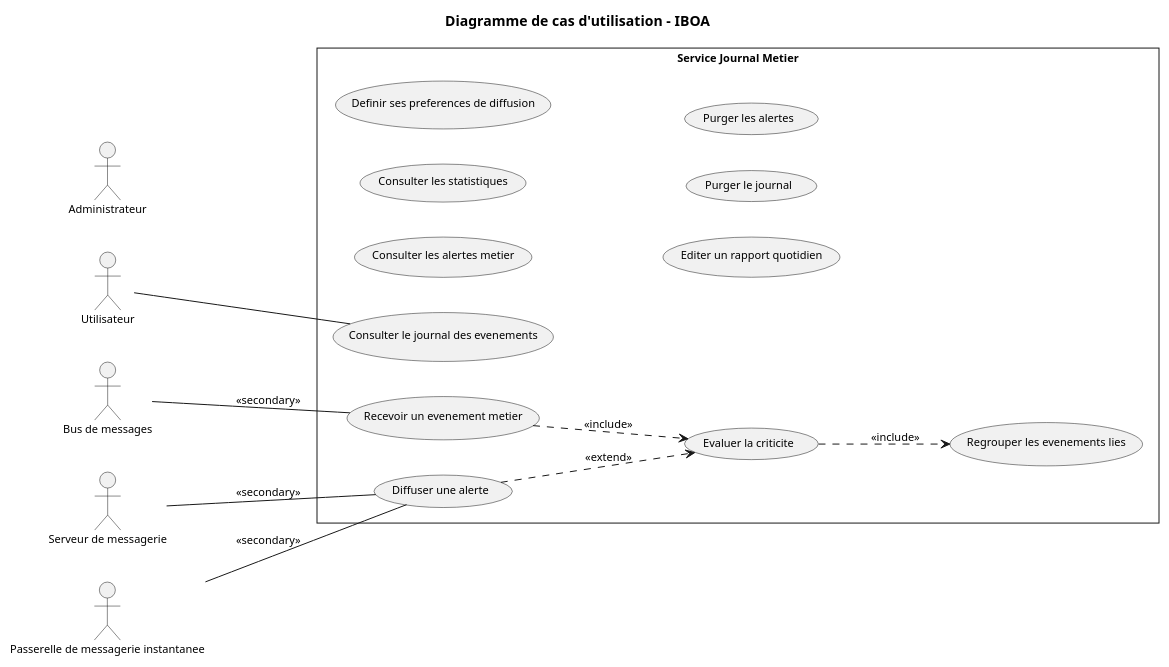
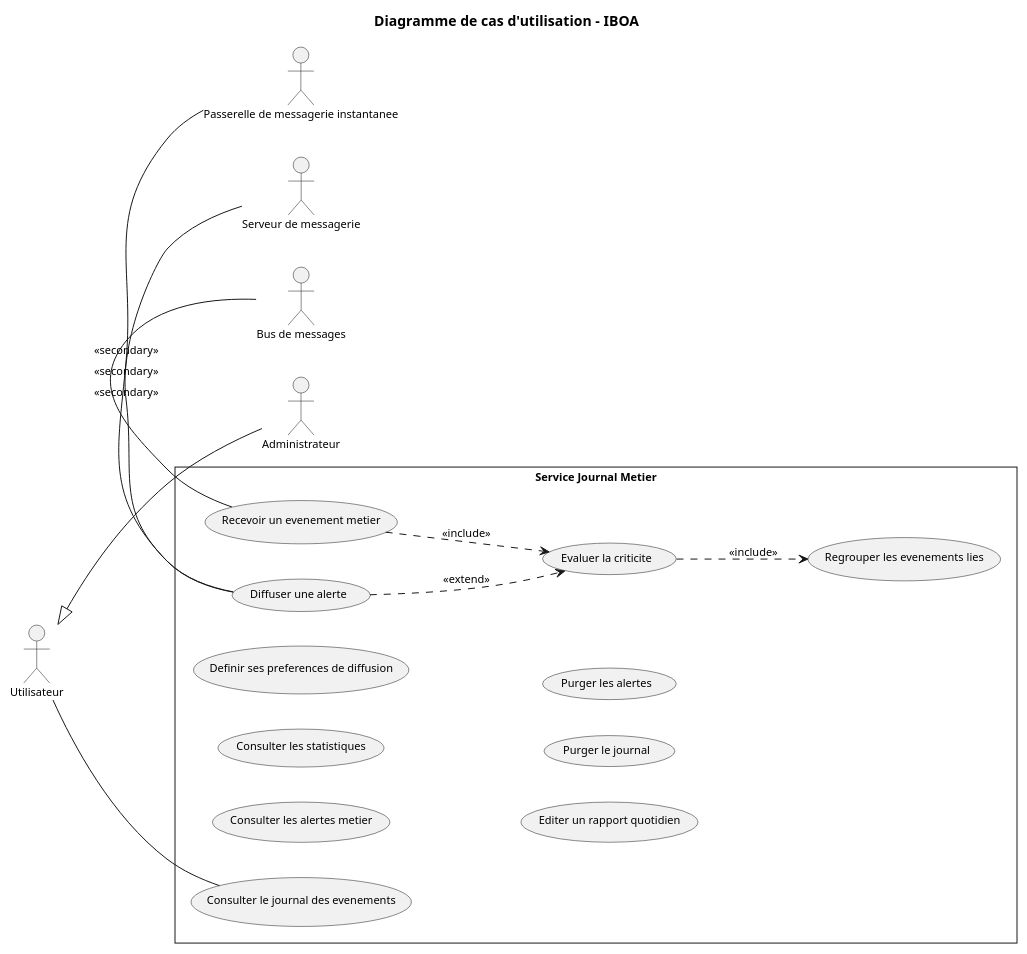
Before and after one commit to saber-barhoumi/Xpark-gmao: the diagram in docs/diagrams/microservices/IBOA/IBOA-usecase.puml, drawn with PlantUML. The commit also changed 6 other files, not shown here.

```diff
--- a/docs/diagrams/microservices/IBOA/IBOA-usecase.puml
+++ b/docs/diagrams/microservices/IBOA/IBOA-usecase.puml
@@ -1,50 +1,51 @@
 @startuml
 skinparam style strictuml
 skinparam packageStyle rectangle
 skinparam shadowing false
 skinparam defaultFontName Verdana
 skinparam defaultFontSize 11
 skinparam backgroundColor #FFFFFF
 left to right direction
 
 title Diagramme de cas d'utilisation - IBOA
 
 ' Acteurs principaux, empiles a gauche du plus general au plus specialise
 actor "Utilisateur" as Utilisateur
 actor "Administrateur" as Administrateur
 
 ' Generalisation : triangle creux, de l'enfant vers le parent
+Administrateur -up-|> Utilisateur
 
 rectangle "Service Journal Metier" {
   usecase "Consulter le journal des evenements" as UC_Consulter_le_journal_des_evenement
   usecase "Recevoir un evenement metier" as UC_Recevoir_un_evenement_metier
   usecase "Evaluer la criticite" as UC_Evaluer_la_criticite
   usecase "Regrouper les evenements lies" as UC_Regrouper_les_evenements_lies
   usecase "Diffuser une alerte" as UC_Diffuser_une_alerte
   usecase "Consulter les alertes metier" as UC_Consulter_les_alertes_metier
   usecase "Consulter les statistiques" as UC_Consulter_les_statistiques
   usecase "Definir ses preferences de diffusion" as UC_Definir_ses_preferences_de_diffusi
   usecase "Editer un rapport quotidien" as UC_Editer_un_rapport_quotidien
   usecase "Purger le journal" as UC_Purger_le_journal
   usecase "Purger les alertes" as UC_Purger_les_alertes
 }
 
 ' Acteurs secondaires, a droite, hors de la frontiere
 actor "Bus de messages" as Bus
 actor "Serveur de messagerie" as SMTP
 actor "Passerelle de messagerie instantanee" as Twilio
 
 ' Associations : trait continu sans fleche (relation d'association)
 Utilisateur -- UC_Consulter_le_journal_des_evenement
 
-Bus -- UC_Recevoir_un_evenement_metier : << secondary >>
-SMTP -- UC_Diffuser_une_alerte : << secondary >>
-Twilio -- UC_Diffuser_une_alerte : << secondary >>
+UC_Recevoir_un_evenement_metier -right- Bus : << secondary >>
+UC_Diffuser_une_alerte -right- SMTP : << secondary >>
+UC_Diffuser_une_alerte -right- Twilio : << secondary >>
 
 ' << include >> : du cas de base vers le cas obligatoire
 UC_Recevoir_un_evenement_metier ..> UC_Evaluer_la_criticite : << include >>
 UC_Evaluer_la_criticite ..> UC_Regrouper_les_evenements_lies : << include >>
 ' << extend >> : du cas optionnel vers le cas de base
 UC_Diffuser_une_alerte ..> UC_Evaluer_la_criticite : << extend >>
 
 @enduml
```
